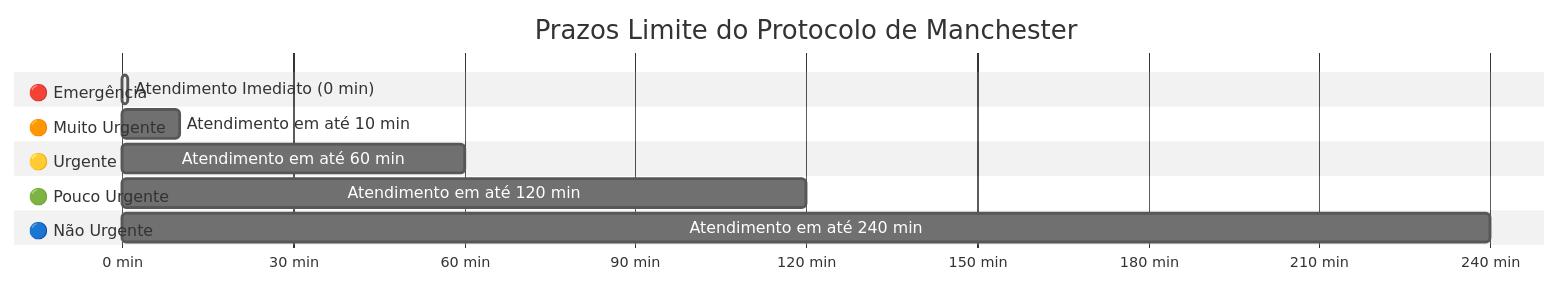
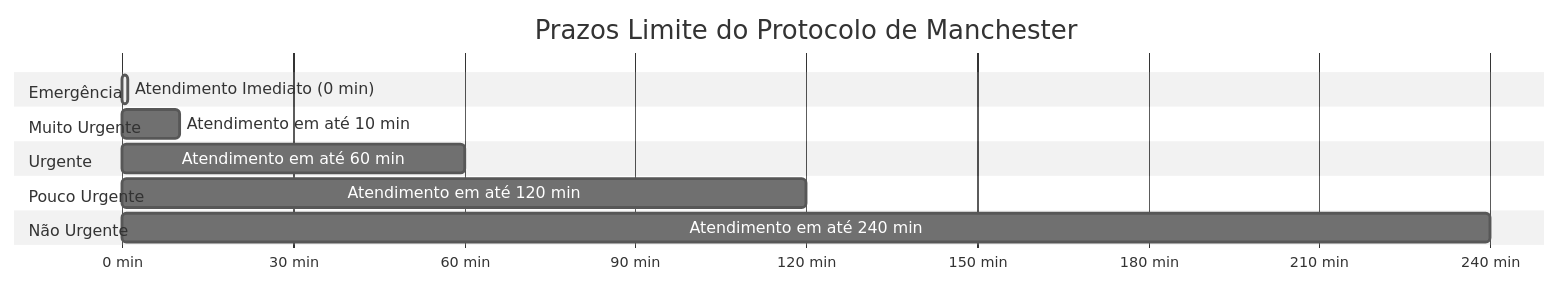
One commit to Mazzarowysk/Health-Nexus changed the second of 2 diagrams in docs/10-Manuais/02-manual-operacional-do-usuario.md. Above: the diagram before and after it, drawn with Mermaid (neutral theme). The commit also changed other lines of this file and 24 other files, not shown here.

````diff
--- a/docs/10-Manuais/02-manual-operacional-do-usuario.md
+++ b/docs/10-Manuais/02-manual-operacional-do-usuario.md
@@ -88,17 +91,17 @@
 ```mermaid
 gantt
     title Prazos Limite do Protocolo de Manchester
     dateFormat  X
     axisFormat %s min
 
-    section 🔴 Emergência
+    section Emergência
     Atendimento Imediato (0 min) : active, 0, 1
-    section 🟠 Muito Urgente
+    section Muito Urgente
     Atendimento em até 10 min    : critical, 0, 10
-    section 🟡 Urgente
+    section Urgente
     Atendimento em até 60 min    : 0, 60
-    section 🟢 Pouco Urgente
+    section Pouco Urgente
     Atendimento em até 120 min   : 0, 120
-    section 🔵 Não Urgente
+    section Não Urgente
     Atendimento em até 240 min   : 0, 240
 ```
````
